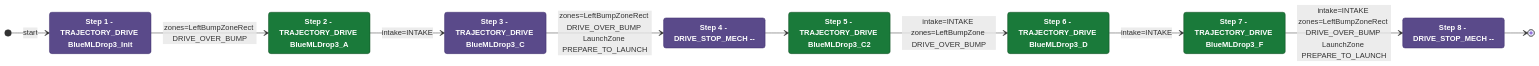
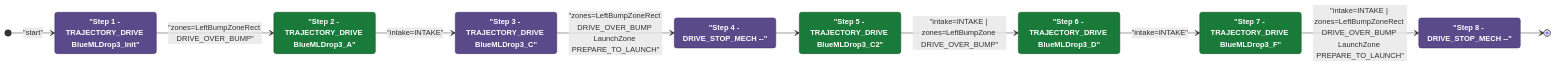
Before and after one commit to Team302/2026Rebuilt: the diagram in documents/auton/BlueBDepKeep3NDepNOutScoreNCli.md, drawn with Mermaid. The commit also changed 242 other files, not shown here.

Commit message:
Regenerated diagrams with fixed red

````diff
--- a/documents/auton/BlueBDepKeep3NDepNOutScoreNCli.md
+++ b/documents/auton/BlueBDepKeep3NDepNOutScoreNCli.md
@@ -8,36 +8,36 @@
 ```mermaid
 stateDiagram-v2
     direction LR
 
     %% Green = intake active, Purple = intake off
     classDef intake  fill:#1a7a3a,color:#ffffff,stroke:#0d4a1f,font-weight:bold
     classDef noIntake fill:#5a4a8a,color:#ffffff,stroke:#3a2a6a,font-weight:bold
 
-    Step1 : Step 1 - TRAJECTORY_DRIVE BlueMLDrop3_Init
-    Step2 : Step 2 - TRAJECTORY_DRIVE BlueMLDrop3_A
-    Step3 : Step 3 - TRAJECTORY_DRIVE BlueMLDrop3_C
-    Step4 : Step 4 - DRIVE_STOP_MECH --
-    Step5 : Step 5 - TRAJECTORY_DRIVE BlueMLDrop3_C2
-    Step6 : Step 6 - TRAJECTORY_DRIVE BlueMLDrop3_D
-    Step7 : Step 7 - TRAJECTORY_DRIVE BlueMLDrop3_F
-    Step8 : Step 8 - DRIVE_STOP_MECH --
+    Step1 : "Step 1 - TRAJECTORY_DRIVE BlueMLDrop3_Init"
+    Step2 : "Step 2 - TRAJECTORY_DRIVE BlueMLDrop3_A"
+    Step3 : "Step 3 - TRAJECTORY_DRIVE BlueMLDrop3_C"
+    Step4 : "Step 4 - DRIVE_STOP_MECH --"
+    Step5 : "Step 5 - TRAJECTORY_DRIVE BlueMLDrop3_C2"
+    Step6 : "Step 6 - TRAJECTORY_DRIVE BlueMLDrop3_D"
+    Step7 : "Step 7 - TRAJECTORY_DRIVE BlueMLDrop3_F"
+    Step8 : "Step 8 - DRIVE_STOP_MECH --"
 
     class Step1 noIntake
     class Step2 intake
     class Step3 noIntake
     class Step4 noIntake
     class Step5 intake
     class Step6 intake
     class Step7 intake
     class Step8 noIntake
 
-    [*] --> Step1 : start
-    Step1 --> Step2: zones=LeftBumpZoneRect DRIVE_OVER_BUMP
-    Step2 --> Step3: intake=INTAKE
-    Step3 --> Step4: zones=LeftBumpZoneRect DRIVE_OVER_BUMP LaunchZone PREPARE_TO_LAUNCH
+    [*] --> Step1 : "start"
+    Step1 --> Step2: "zones=LeftBumpZoneRect DRIVE_OVER_BUMP"
+    Step2 --> Step3: "intake=INTAKE"
+    Step3 --> Step4: "zones=LeftBumpZoneRect DRIVE_OVER_BUMP LaunchZone PREPARE_TO_LAUNCH"
     Step4 --> Step5
-    Step5 --> Step6: intake=INTAKE zones=LeftBumpZone DRIVE_OVER_BUMP
-    Step6 --> Step7: intake=INTAKE
-    Step7 --> Step8: intake=INTAKE zones=LeftBumpZoneRect DRIVE_OVER_BUMP LaunchZone PREPARE_TO_LAUNCH
+    Step5 --> Step6: "intake=INTAKE | zones=LeftBumpZone DRIVE_OVER_BUMP"
+    Step6 --> Step7: "intake=INTAKE"
+    Step7 --> Step8: "intake=INTAKE | zones=LeftBumpZoneRect DRIVE_OVER_BUMP LaunchZone PREPARE_TO_LAUNCH"
     Step8 --> [*]
 ```
````
